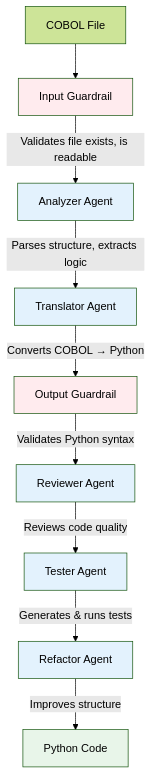
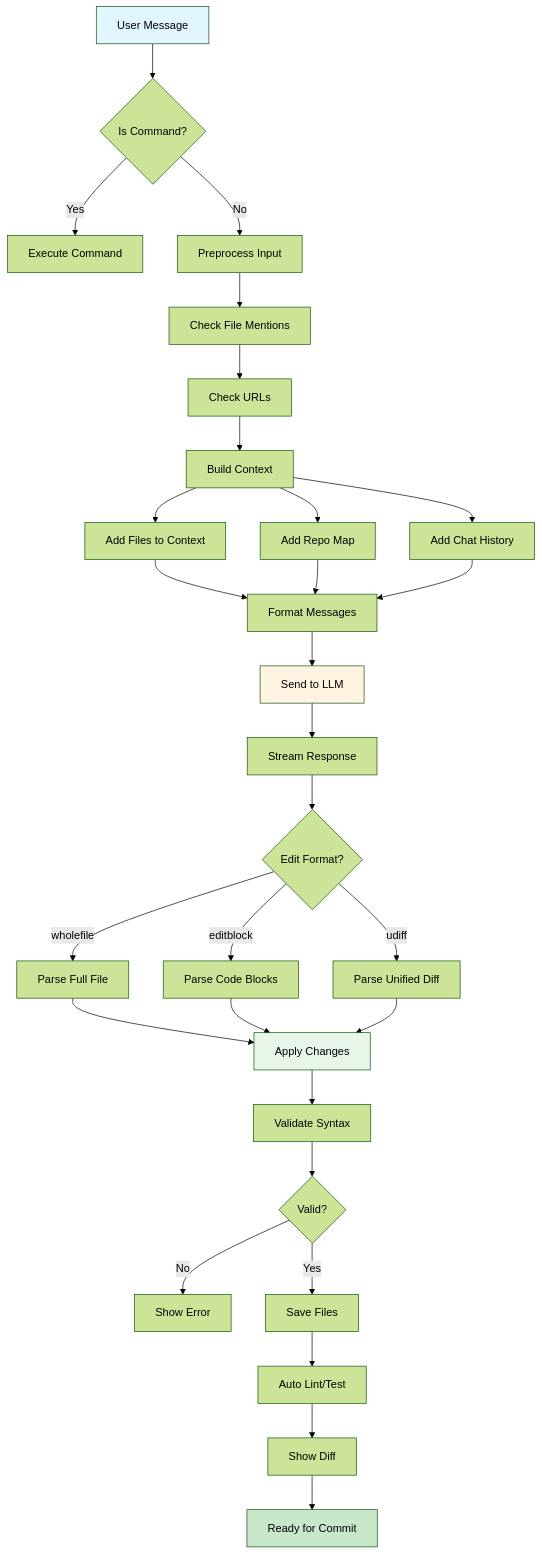
The third of 5 diagrams in docs/architecture.md (astrio-ai/l2m), drawn with Mermaid (forest theme) before and after one commit. The commit also changed other lines of this file and 3 other files, not shown here.

First line of the commit message:
docs: update documentation to reflect current single-agent architecture

````diff
--- a/docs/architecture.md
+++ b/docs/architecture.md
@@ -95,20 +138,36 @@
 ```mermaid
 flowchart TD
-    A[COBOL File] --> B[Input Guardrail]
-    B -->|Validates file exists, is readable| C[Analyzer Agent]
-    C -->|Parses structure, extracts logic| D[Translator Agent]
-    D -->|Converts COBOL → Python| E[Output Guardrail]
-    E -->|Validates Python syntax| F[Reviewer Agent]
-    F -->|Reviews code quality| G[Tester Agent]
-    G -->|Generates & runs tests| H[Refactor Agent]
-    H -->|Improves structure| I[Python Code]
+    A[User Message] --> B{Is Command?}
+    B -->|Yes| C[Execute Command]
+    B -->|No| D[Preprocess Input]
+    D --> E[Check File Mentions]
+    E --> F[Check URLs]
+    F --> G[Build Context]
+    G --> H[Add Files to Context]
+    G --> I[Add Repo Map]
+    G --> J[Add Chat History]
+    H --> K[Format Messages]
+    I --> K
+    J --> K
+    K --> L[Send to LLM]
+    L --> M[Stream Response]
+    M --> N{Edit Format?}
+    N -->|wholefile| O[Parse Full File]
+    N -->|editblock| P[Parse Code Blocks]
+    N -->|udiff| Q[Parse Unified Diff]
+    O --> R[Apply Changes]
+    P --> R
+    Q --> R
+    R --> S[Validate Syntax]
+    S --> T{Valid?}
+    T -->|No| U[Show Error]
+    T -->|Yes| V[Save Files]
+    V --> W[Auto Lint/Test]
+    W --> X[Show Diff]
+    X --> Y[Ready for Commit]
     
-    style B fill:#ffebee
-    style E fill:#ffebee
-    style C fill:#e3f2fd
-    style D fill:#e3f2fd
-    style F fill:#e3f2fd
-    style G fill:#e3f2fd
-    style H fill:#e3f2fd
-    style I fill:#e8f5e9
+    style A fill:#e1f5ff
+    style L fill:#fff4e1
+    style R fill:#e8f5e9
+    style Y fill:#c8e6c9
 ```
````
